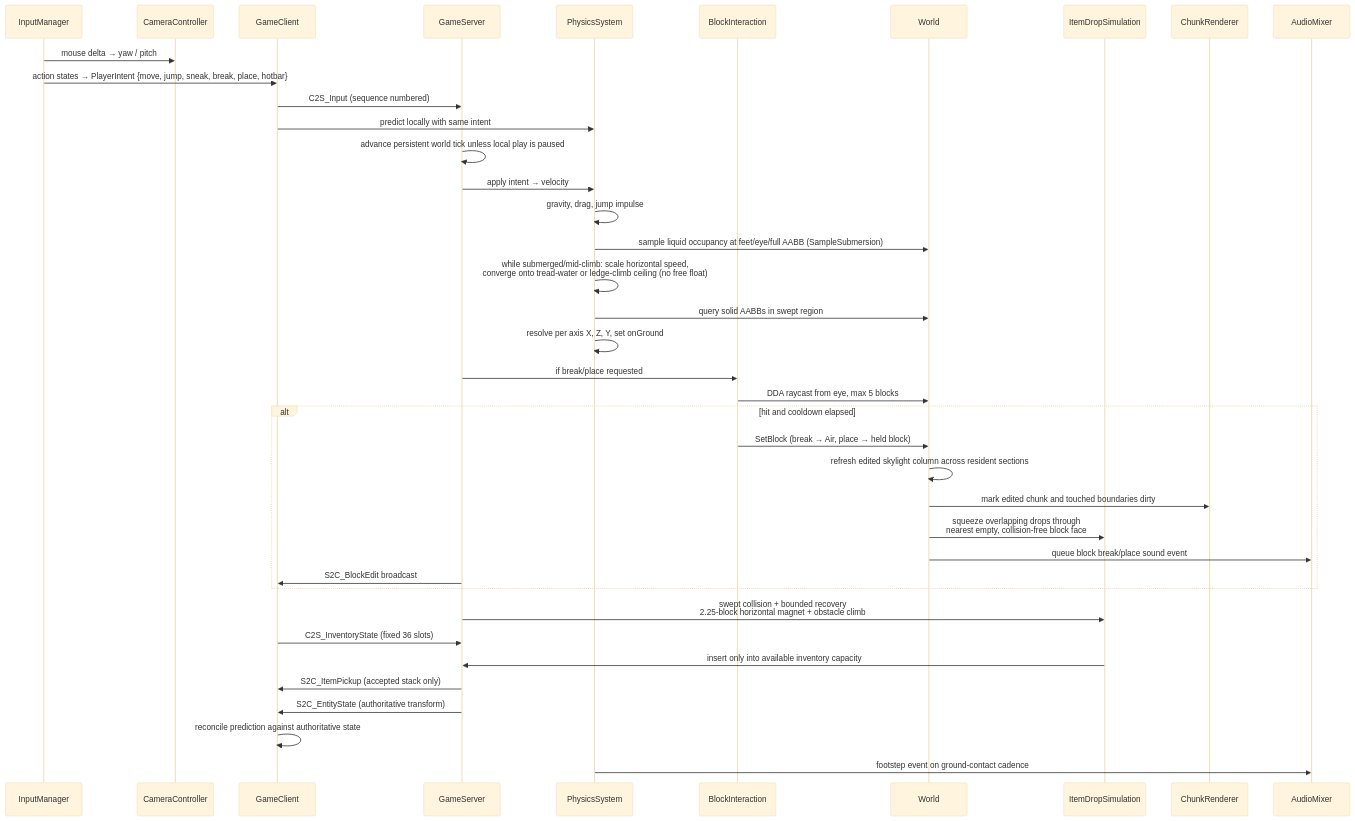
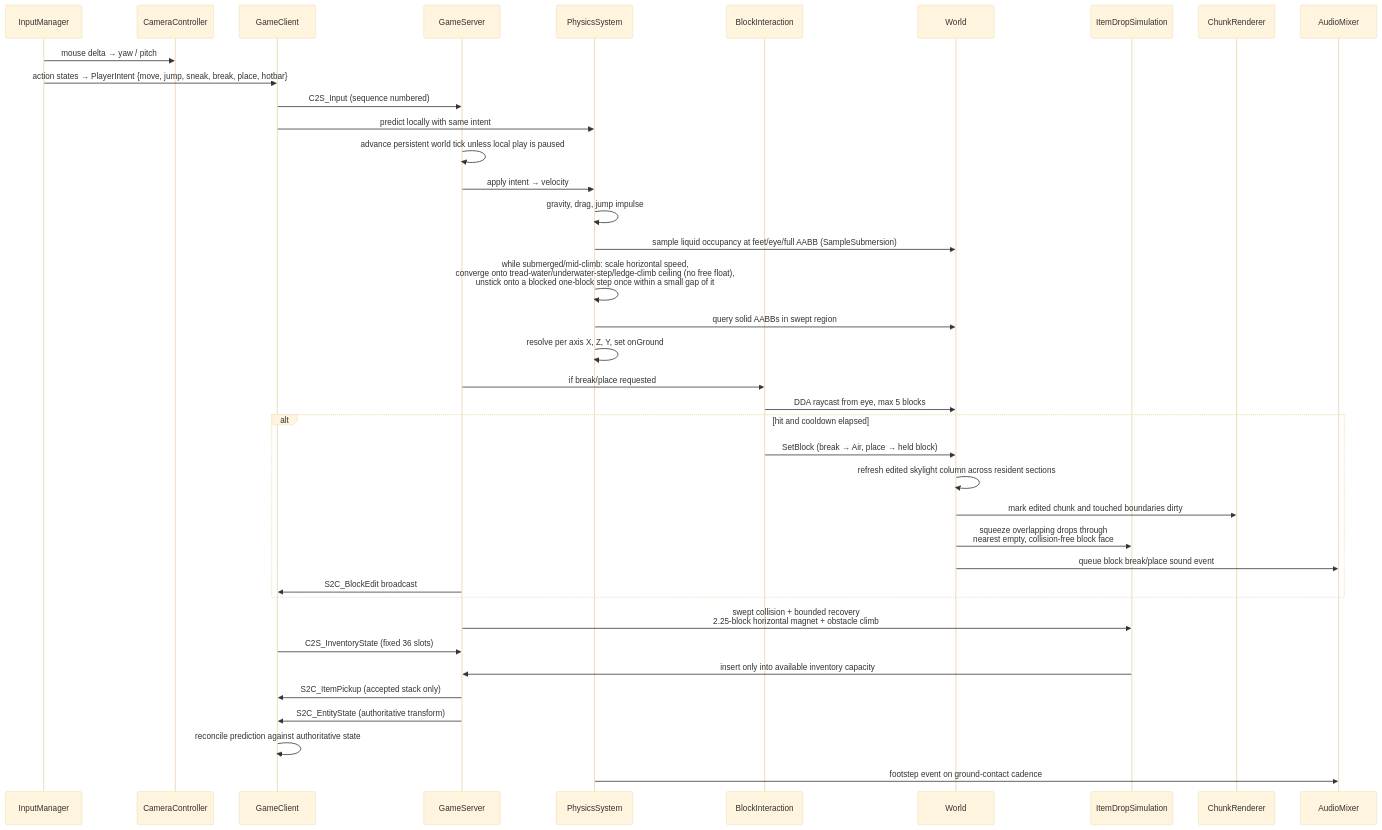
One commit to GoGurtPrime/voxels changed the fifth of 17 diagrams in DIAGRAMS.md. Above: the diagram before and after it, drawn with Mermaid (base theme). The commit also changed 3 other files, not shown here.

First line of the commit message:
Agent: Let swimming clear submerged bumps and fix ledge-climb wedging

````diff
--- a/DIAGRAMS.md
+++ b/DIAGRAMS.md
@@ -257,43 +257,43 @@
 ```mermaid
 sequenceDiagram
     participant Inp as InputManager
     participant Cam as CameraController
     participant Cli as GameClient
     participant Srv as GameServer
     participant Phy as PhysicsSystem
     participant BI as BlockInteraction
     participant W as World
     participant Drop as ItemDropSimulation
     participant CR as ChunkRenderer
     participant Snd as AudioMixer
 
     Inp->>Cam: mouse delta → yaw / pitch
     Inp->>Cli: action states → PlayerIntent {move, jump, sneak, break, place, hotbar}
     Cli->>Srv: C2S_Input (sequence numbered)
     Cli->>Phy: predict locally with same intent
 
     Srv->>Srv: advance persistent world tick unless local play is paused
     Srv->>Phy: apply intent → velocity
     Phy->>Phy: gravity, drag, jump impulse
     Phy->>W: sample liquid occupancy at feet/eye/full AABB (SampleSubmersion)
-    Phy->>Phy: while submerged/mid-climb: scale horizontal speed,<br/>converge onto tread-water or ledge-climb ceiling (no free float)
+    Phy->>Phy: while submerged/mid-climb: scale horizontal speed,<br/>converge onto tread-water/underwater-step/ledge-climb ceiling (no free float),<br/>unstick onto a blocked one-block step once within a small gap of it
     Phy->>W: query solid AABBs in swept region
     Phy->>Phy: resolve per axis X, Z, Y, set onGround
     Srv->>BI: if break/place requested
     BI->>W: DDA raycast from eye, max 5 blocks
     alt hit and cooldown elapsed
         BI->>W: SetBlock (break → Air, place → held block)
         W->>W: refresh edited skylight column across resident sections
         W->>CR: mark edited chunk and touched boundaries dirty
         W->>Drop: squeeze overlapping drops through<br/>nearest empty, collision-free block face
         W->>Snd: queue block break/place sound event
         Srv->>Cli: S2C_BlockEdit broadcast
     end
     Srv->>Drop: swept collision + bounded recovery<br/>2.25-block horizontal magnet + obstacle climb
     Cli->>Srv: C2S_InventoryState (fixed 36 slots)
     Drop->>Srv: insert only into available inventory capacity
     Srv->>Cli: S2C_ItemPickup (accepted stack only)
     Srv->>Cli: S2C_EntityState (authoritative transform)
     Cli->>Cli: reconcile prediction against authoritative state
     Phy->>Snd: footstep event on ground-contact cadence
 ```
````
